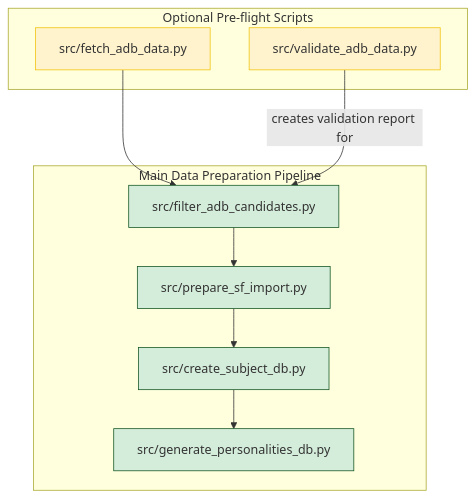
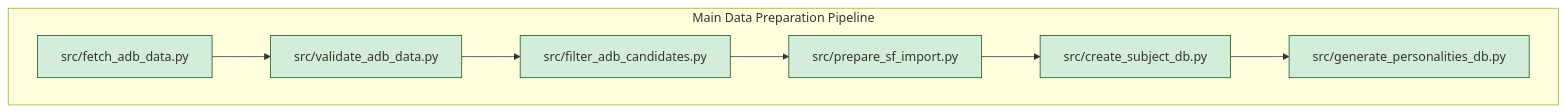
One commit to peterjmarko/llm-narrative-framework changed the diagram in docs/diagrams/arch_prep_codebase.mmd. Above: the diagram before and after it, drawn with Mermaid. The commit also changed 13 other files, not shown here.

First line of the commit message:
feat(data-prep): automate data fetching and enhance validation pipeline

```diff
--- a/docs/diagrams/arch_prep_codebase.mmd
+++ b/docs/diagrams/arch_prep_codebase.mmd
@@ -1,25 +1,22 @@
 graph TD
     subgraph "Main Data Preparation Pipeline"
-        A[src/filter_adb_candidates.py]
-        B[src/prepare_sf_import.py]
-        D[src/create_subject_db.py]
-        C[src/generate_personalities_db.py]
+        A["src/fetch_adb_data.py"]
+        B["src/validate_adb_data.py"]
+        C["src/filter_adb_candidates.py"]
+        D["src/prepare_sf_import.py"]
+        E["src/create_subject_db.py"]
+        F["src/generate_personalities_db.py"]
     end
 
-    subgraph "Optional Pre-flight Scripts"
-        F_new[src/fetch_adb_data.py]
-        V[src/validate_adb_data.py]
-    end
-
-    F_new --> A
-    V -- "creates validation report for" --> A;
-    A --> B;
-    B --> D;
-    D --> C;
+    A --> B
+    B --> C
+    C --> D
+    D --> E
+    E --> F
 
     style A fill:#d4edda,stroke:#155724
     style B fill:#d4edda,stroke:#155724
+    style C fill:#d4edda,stroke:#155724
     style D fill:#d4edda,stroke:#155724
-    style C fill:#d4edda,stroke:#155724
-    style F_new fill:#fff3cd,stroke:#f1c40f
-    style V fill:#fff3cd,stroke:#f1c40f
+    style E fill:#d4edda,stroke:#155724
+    style F fill:#d4edda,stroke:#155724
```
